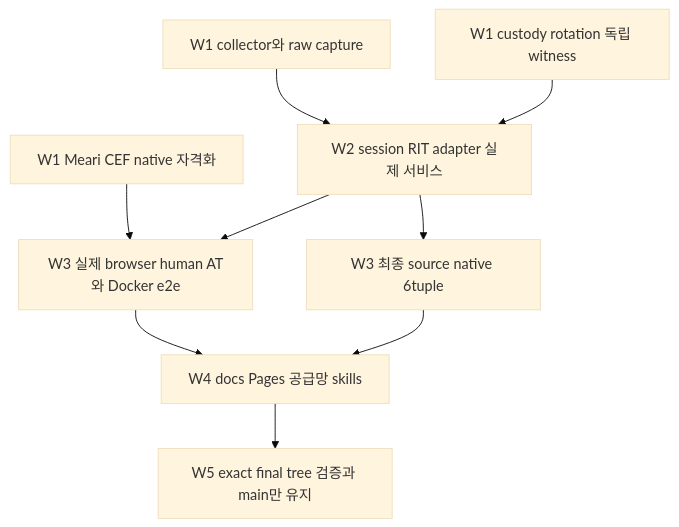
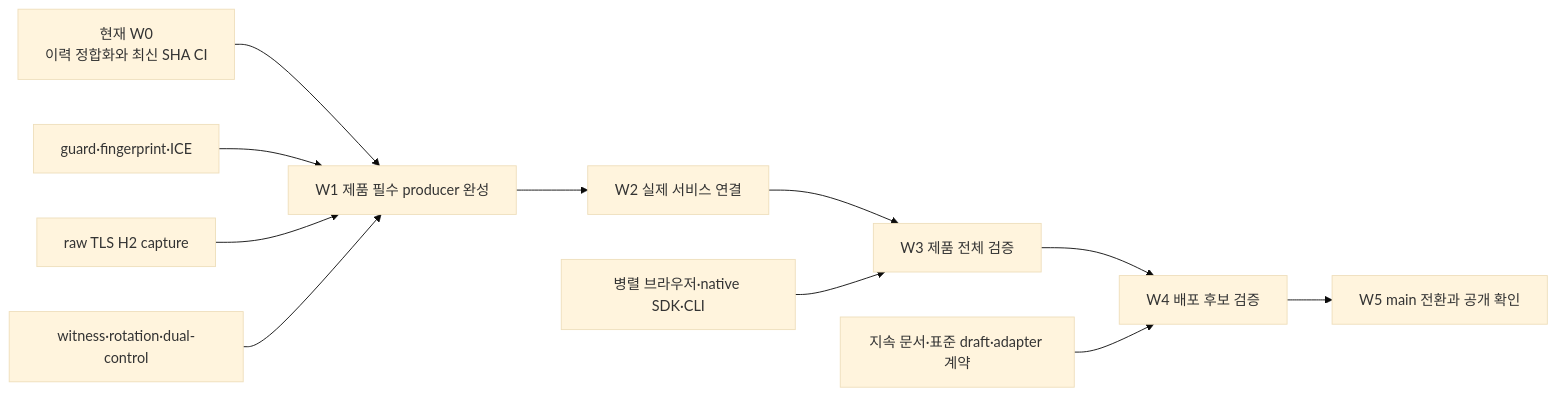
The second of 2 diagrams in .spec/sot/program-roadmap.sot.md (modootoday/humanymous), drawn with Mermaid (base theme) before and after one commit. The commit also changed other lines of this file and 3 other files, not shown here.

First line of the commit message:
docs(roadmap): reconcile thirteen chats and gate-based program timeline

````diff
--- a/.spec/sot/program-roadmap.sot.md
+++ b/.spec/sot/program-roadmap.sot.md
@@ -202,11 +149,13 @@
 ```mermaid
-flowchart TD
-  C[W1 collector와 raw capture] --> R[W2 session RIT adapter 실제 서비스]
-  K[W1 custody rotation 독립 witness] --> R
-  B[W1 Meari CEF native 자격화] --> T[W3 실제 browser human AT와 Docker e2e]
-  R --> T
-  R --> N[W3 최종 source native 6tuple]
-  T --> D[W4 docs Pages 공급망 skills]
-  N --> D
-  D --> M[W5 exact final tree 검증과 main만 유지]
+flowchart LR
+  W0[현재 W0<br/>이력 정합화와 최신 SHA CI] --> W1[W1 제품 필수 producer 완성]
+  W1 --> W2[W2 실제 서비스 연결]
+  W2 --> W3[W3 제품 전체 검증]
+  W3 --> W4[W4 배포 후보 검증]
+  W4 --> W5[W5 main 전환과 공개 확인]
+  G[guard·fingerprint·ICE] --> W1
+  C[raw TLS H2 capture] --> W1
+  A[witness·rotation·dual-control] --> W1
+  B[병렬 브라우저·native SDK·CLI] --> W3
+  D[지속 문서·표준 draft·adapter 계약] --> W4
 ```
````
